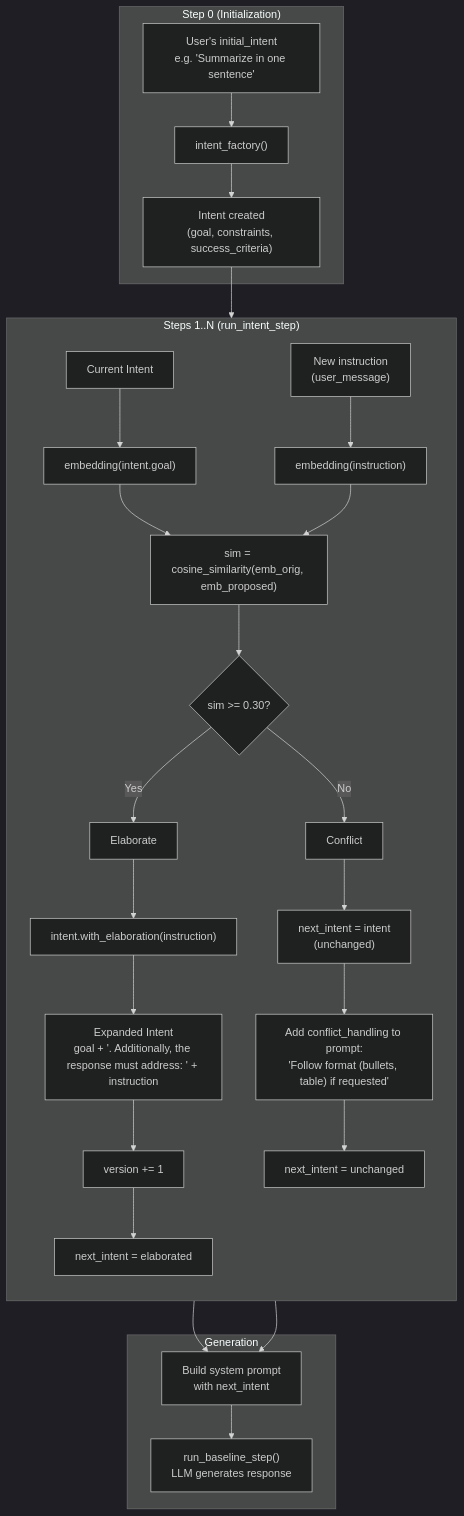
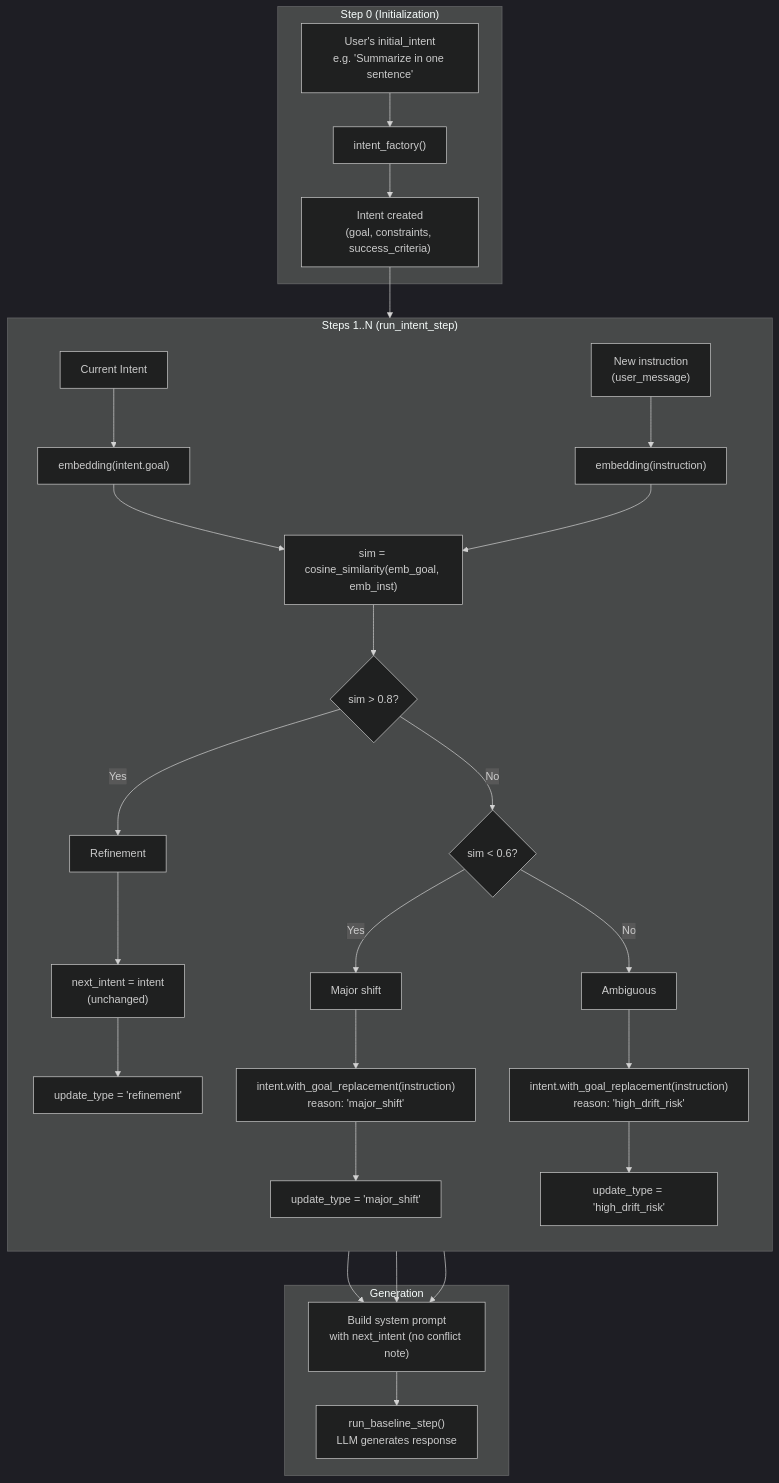
Before and after one commit to serenahuang225/agent-intent-drift: the diagram in flowcharts/INTENT_ENGINE_UPDATE_FLOW.md, drawn with Mermaid (dark theme). The commit also changed other lines of this file and 119 other files, not shown here.

````diff
--- a/flowcharts/INTENT_ENGINE_UPDATE_FLOW.md
+++ b/flowcharts/INTENT_ENGINE_UPDATE_FLOW.md
@@ -3,49 +5,53 @@
 ```mermaid
 flowchart TB
     subgraph Init["Step 0 (Initialization)"]
         USER_INTENT["User's initial_intent\ne.g. 'Summarize in one sentence'"]
         FACTORY["intent_factory()"]
         INIT_INTENT["Intent created\n(goal, constraints, success_criteria)"]
         USER_INTENT --> FACTORY --> INIT_INTENT
     end
 
     subgraph Step["Steps 1..N (run_intent_step)"]
         direction TB
         CURRENT["Current Intent"]
         INSTRUCTION["New instruction\n(user_message)"]
-        
-        EMB_ORIG["embedding(intent.goal)"]
-        EMB_PROP["embedding(instruction)"]
-        CURRENT --> EMB_ORIG
-        INSTRUCTION --> EMB_PROP
-        
-        SIM["sim = cosine_similarity(emb_orig, emb_proposed)"]
-        EMB_ORIG --> SIM
-        EMB_PROP --> SIM
-        
-        DECISION{"sim >= 0.30?"}
+
+        EMB_GOAL["embedding(intent.goal)"]
+        EMB_INST["embedding(instruction)"]
+        CURRENT --> EMB_GOAL
+        INSTRUCTION --> EMB_INST
+
+        SIM["sim = cosine_similarity(emb_goal, emb_inst)"]
+        EMB_GOAL --> SIM
+        EMB_INST --> SIM
+
+        DECISION{"sim > 0.8?"}
         SIM --> DECISION
-        
-        DECISION -->|Yes| ELABORATE["Elaborate"]
-        DECISION -->|No| CONFLICT["Conflict"]
-        
-        ELABORATE --> WITH_ELAB["intent.with_elaboration(instruction)"]
-        WITH_ELAB --> EXPANDED["Expanded Intent\ngoal + '. Additionally, the response must address: ' + instruction"]
-        EXPANDED --> VERSION_UP["version += 1"]
-        VERSION_UP --> NEXT_ELAB["next_intent = elaborated"]
-        
-        CONFLICT --> KEEP["next_intent = intent\n(unchanged)"]
-        KEEP --> CONFLICT_NOTE["Add conflict_handling to prompt:\n'Follow format (bullets, table) if requested'"]
-        CONFLICT_NOTE --> NEXT_CONF["next_intent = unchanged"]
+
+        DECISION -->|Yes| REFINE["Refinement"]
+        DECISION -->|No| DEC2{"sim < 0.6?"}
+
+        REFINE --> KEEP["next_intent = intent\n(unchanged)"]
+        KEEP --> UPDATE_TYPE_REF["update_type = 'refinement'"]
+
+        DEC2 -->|Yes| MAJOR["Major shift"]
+        DEC2 -->|No| AMBIG["Ambiguous"]
+
+        MAJOR --> REPLACE_MAJ["intent.with_goal_replacement(instruction)\nreason: 'major_shift'"]
+        REPLACE_MAJ --> UPDATE_TYPE_MAJ["update_type = 'major_shift'"]
+
+        AMBIG --> REPLACE_RISK["intent.with_goal_replacement(instruction)\nreason: 'high_drift_risk'"]
+        REPLACE_RISK --> UPDATE_TYPE_RISK["update_type = 'high_drift_risk'"]
     end
 
     subgraph Generation["Generation"]
-        PROMPT["Build system prompt\nwith next_intent"]
+        PROMPT["Build system prompt\nwith next_intent (no conflict note)"]
         LLM["run_baseline_step()\nLLM generates response"]
         PROMPT --> LLM
     end
 
     INIT_INTENT --> CURRENT
-    NEXT_ELAB --> PROMPT
-    NEXT_CONF --> PROMPT
+    KEEP --> PROMPT
+    REPLACE_MAJ --> PROMPT
+    REPLACE_RISK --> PROMPT
 ```
````
